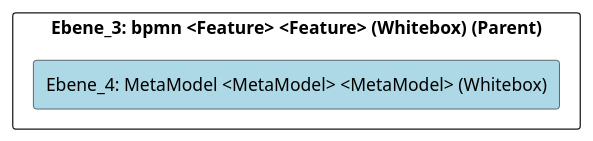
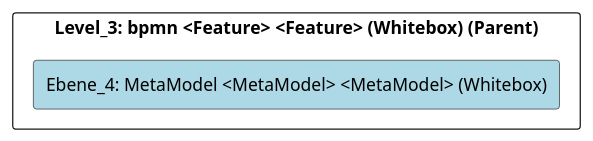
Before and after one commit to marcozwyssig/cleon: the diagram in doc/cleonproject_deliverables_architecture_model_architecture/adoc/de/05_bausteinsicht/cleon/modeling_languages/bpmn/metamodel/ebene_4_metamodel.adoc, drawn with PlantUML. The commit also changed other lines of this file and 169 other files, not shown here.

```diff
--- a/doc/cleonproject_deliverables_architecture_model_architecture/adoc/de/05_bausteinsicht/cleon/modeling_languages/bpmn/metamodel/ebene_4_metamodel.adoc
+++ b/doc/cleonproject_deliverables_architecture_model_architecture/adoc/de/05_bausteinsicht/cleon/modeling_languages/bpmn/metamodel/ebene_4_metamodel.adoc
@@ -21,24 +21,24 @@
 [plantuml, Ebene_4: MetaModel <MetaModel> <MetaModel> (Whitebox)BlockOverview, format="svg"]
 ----
 @startuml Ebene_4: MetaModel <MetaModel> <MetaModel> (Whitebox)BuildingBlockOverview
 
 skinparam ranksep 10
 skinparam componentStyle rectangle
 skinparam shadowing false
 skinparam arrowColor lightblue
 skinparam arrowThickness 1.2
 skinparam rectangle {
   BackgroundColor White
   BorderColor #333
   RoundCorner 10
 }
 top to bottom direction
 
-component "Ebene_3: bpmn <Feature> <Feature> (Whitebox) (Parent)" {
+component "Level_3: bpmn <Feature> <Feature> (Whitebox) (Parent)" {
     component "Ebene_4: MetaModel <MetaModel> <MetaModel> (Whitebox)" #lightblue {
     }
 
 }
 
 @enduml
 ----
```
